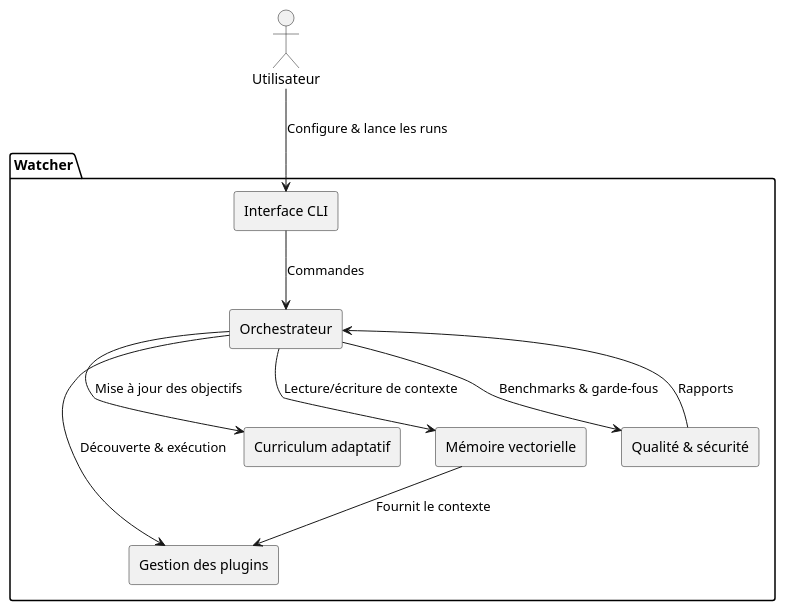
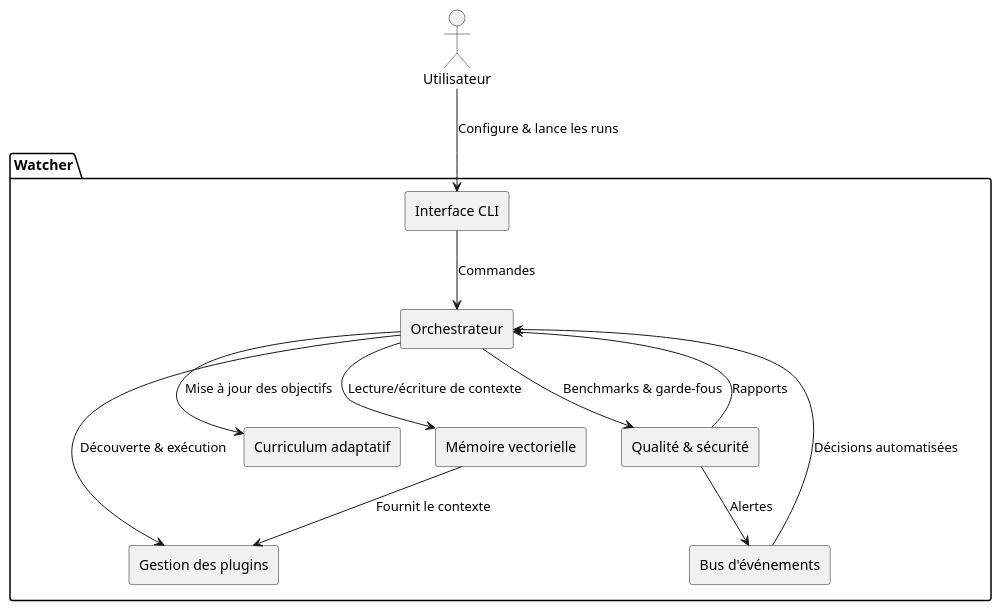
The second of 3 diagrams in docs/architecture.md (francis18georges-png/Watcher), drawn with PlantUML before and after one commit. The commit also changed other lines of this file and 5 other files, not shown here.

Commit message:
Document site architecture and configure Pages deployment

````diff
--- a/docs/architecture.md
+++ b/docs/architecture.md
@@ -48,26 +74,29 @@
 ```plantuml
 @startuml
 skinparam componentStyle rectangle
 skinparam shadowing false
 
 actor Utilisateur as User
 
 package "Watcher" {
   [Interface CLI] as CLI
   [Orchestrateur] as Orchestrator
   [Gestion des plugins] as Plugins
   [Curriculum adaptatif] as Curriculum
   [Mémoire vectorielle] as VectorStore
   [Qualité & sécurité] as Quality
+  [Bus d'événements] as EventBus
 }
 
 User --> CLI : Configure & lance les runs
 CLI --> Orchestrator : Commandes
 Orchestrator --> Plugins : Découverte & exécution
 Orchestrator --> Curriculum : Mise à jour des objectifs
 Orchestrator --> VectorStore : Lecture/écriture de contexte
 Orchestrator --> Quality : Benchmarks & garde-fous
 Quality --> Orchestrator : Rapports
 VectorStore --> Plugins : Fournit le contexte
+Quality --> EventBus : Alertes
+EventBus --> Orchestrator : Décisions automatisées
 @enduml
 ```
````
